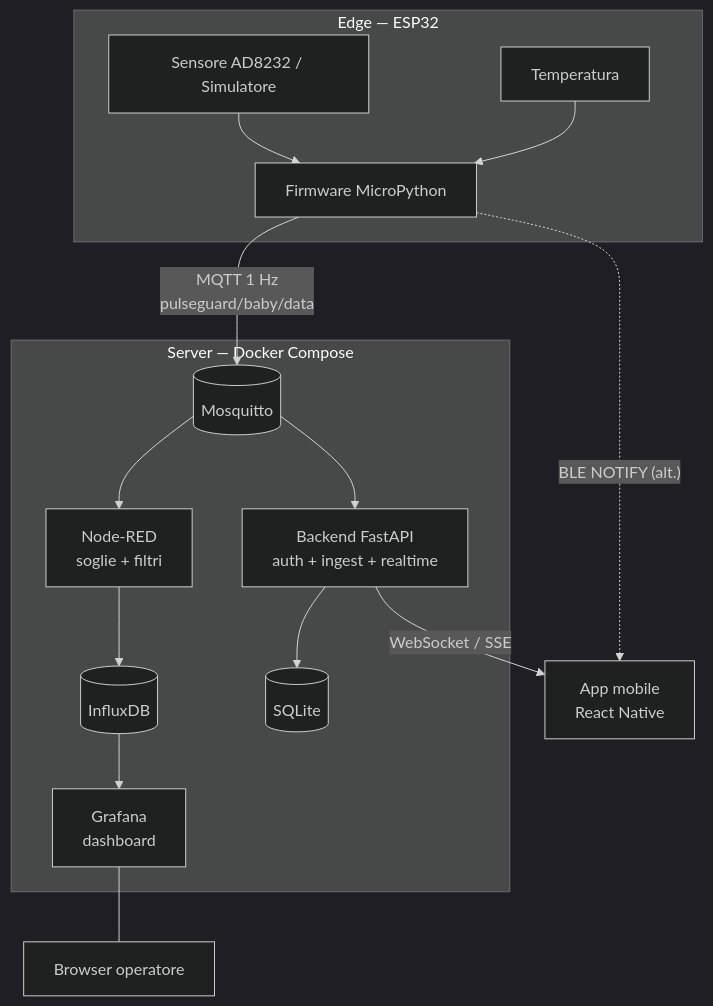
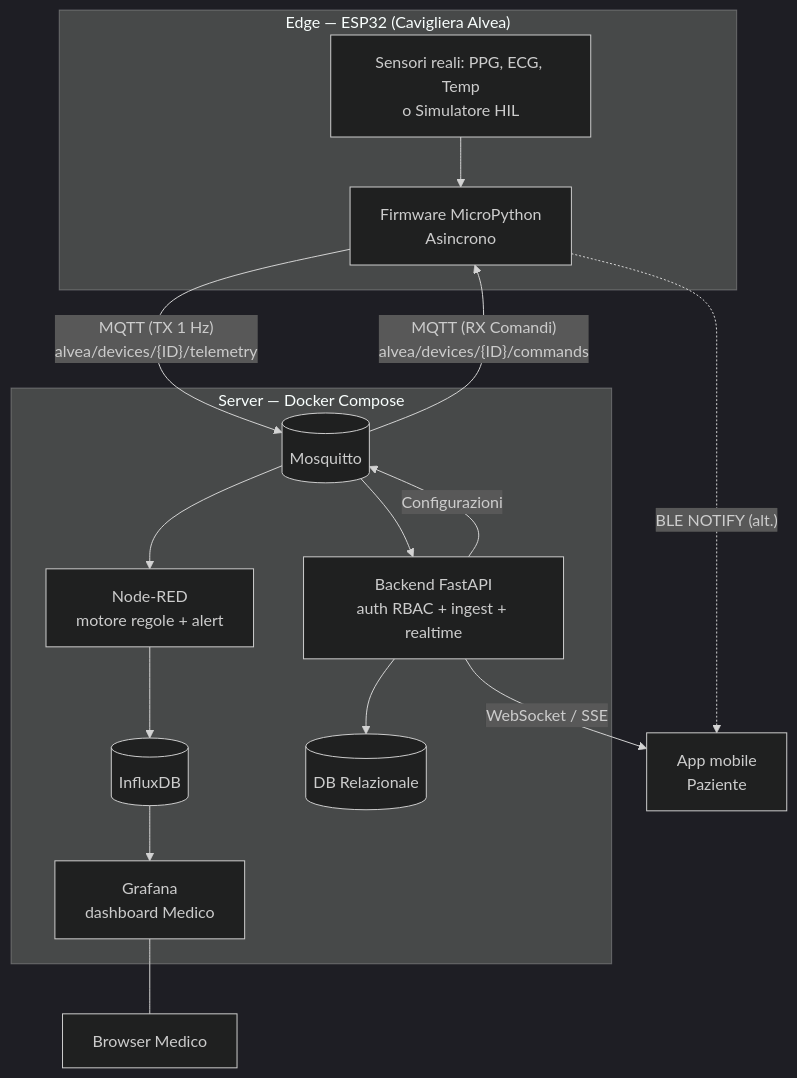
Before and after one commit to acrisci05/Alvea: the diagram in docs/05-architettura.md, drawn with Mermaid (dark theme). The commit also changed other lines of this file, not shown here.

````diff
--- a/docs/05-architettura.md
+++ b/docs/05-architettura.md
@@ -5,24 +5,24 @@
 ```mermaid
 flowchart TD
-    subgraph Edge["Edge — ESP32"]
-        S1[Sensore AD8232 / Simulatore]
-        S2[Temperatura]
-        FW[Firmware MicroPython]
+    subgraph Edge["Edge — ESP32 (Cavigliera Alvea)"]
+        S1[Sensori reali: PPG, ECG, Temp<br/>o Simulatore HIL]
+        FW[Firmware MicroPython<br/>Asincrono]
         S1 --> FW
-        S2 --> FW
     end
 
-    FW -- "MQTT 1 Hz<br/>pulseguard/baby/data" --> MQ[(Mosquitto)]
-    FW -. "BLE NOTIFY (alt.)" .-> APP[App mobile<br/>React Native]
+    FW -- "MQTT (TX 1 Hz)<br/>alvea/devices/{ID}/telemetry" --> MQ[(Mosquitto)]
+    MQ -- "MQTT (RX Comandi)<br/>alvea/devices/{ID}/commands" --> FW
+    FW -. "BLE NOTIFY (alt.)" .-> APP[App mobile<br/>Paziente]
 
     subgraph Server["Server — Docker Compose"]
-        MQ --> NR[Node-RED<br/>soglie + filtri]
+        MQ --> NR[Node-RED<br/>motore regole + alert]
         NR --> IDB[(InfluxDB)]
-        IDB --> GF[Grafana<br/>dashboard]
-        MQ --> BE[Backend FastAPI<br/>auth + ingest + realtime]
-        BE --> SQL[(SQLite)]
+        IDB --> GF[Grafana<br/>dashboard Medico]
+        MQ --> BE[Backend FastAPI<br/>auth RBAC + ingest + realtime]
+        BE --> SQL[(DB Relazionale)]
+        BE -- "Configurazioni" --> MQ
     end
 
     BE -- "WebSocket / SSE" --> APP
-    GF --- Browser[Browser operatore]
+    GF --- Browser[Browser Medico]
 ```
````
